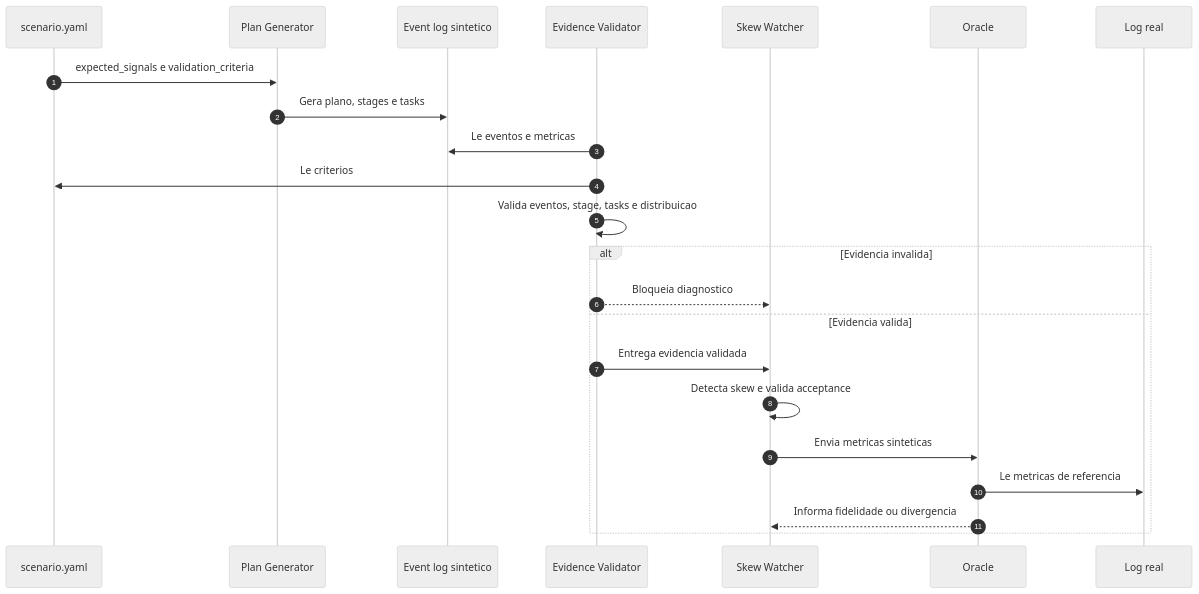
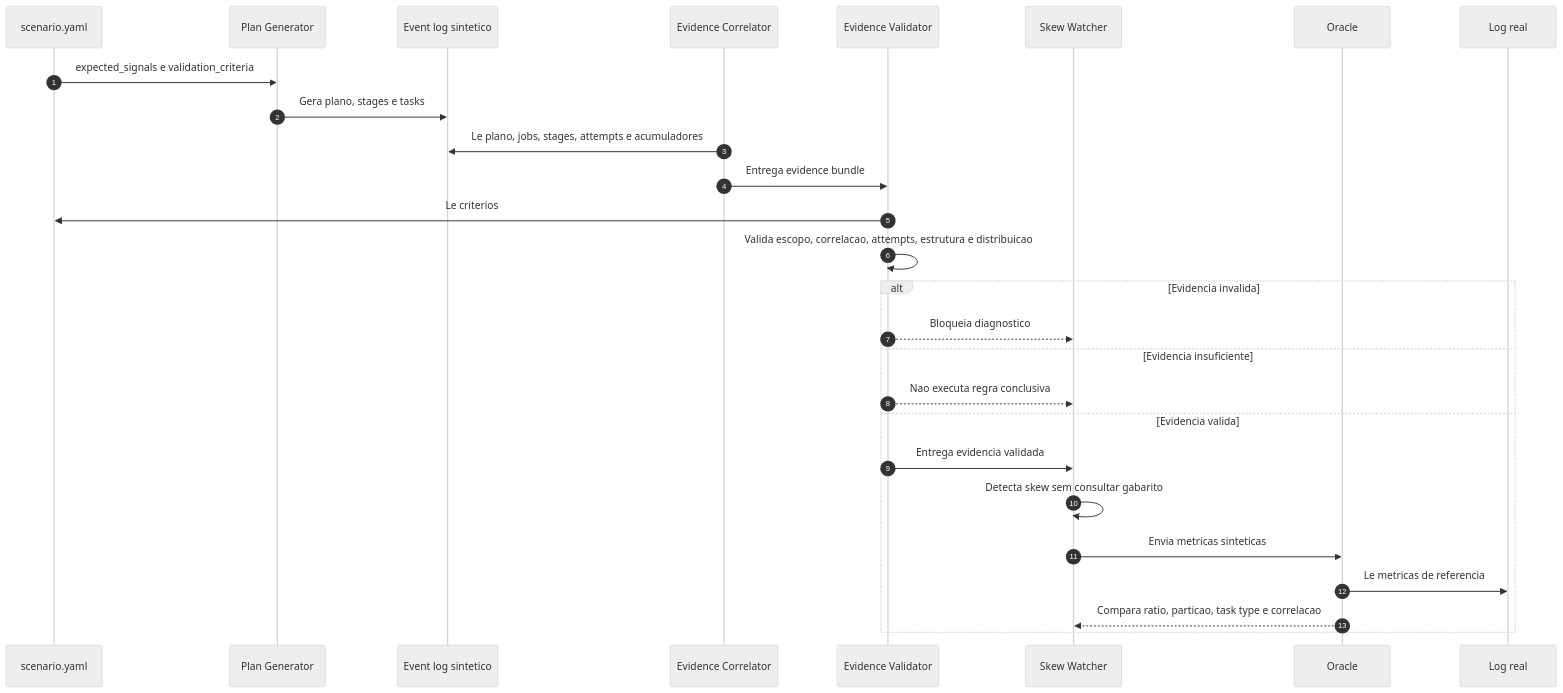
Before and after one commit to luanmorenommaciel/apex: the second of 2 diagrams in docs/specs/scenario-validation-criteria-v1.md, drawn with Mermaid (neutral theme). The commit also changed other lines of this file and 15 other files, not shown here.

Commit message:
feat(apex): validate skew evidence and stage correlation

````diff
--- a/docs/specs/scenario-validation-criteria-v1.md
+++ b/docs/specs/scenario-validation-criteria-v1.md
@@ -102,27 +174,31 @@
 ```mermaid
 sequenceDiagram
     autonumber
     participant Scenario as scenario.yaml
     participant Generator as Plan Generator
     participant Log as Event log sintetico
+    participant Correlator as Evidence Correlator
     participant Validator as Evidence Validator
     participant Watcher as Skew Watcher
     participant Oracle as Oracle
     participant Real as Log real
 
     Scenario->>Generator: expected_signals e validation_criteria
     Generator->>Log: Gera plano, stages e tasks
-    Validator->>Log: Le eventos e metricas
+    Correlator->>Log: Le plano, jobs, stages, attempts e acumuladores
+    Correlator->>Validator: Entrega evidence bundle
     Validator->>Scenario: Le criterios
-    Validator->>Validator: Valida eventos, stage, tasks e distribuicao
+    Validator->>Validator: Valida escopo, correlacao, attempts, estrutura e distribuicao
 
     alt Evidencia invalida
         Validator-->>Watcher: Bloqueia diagnostico
+    else Evidencia insuficiente
+        Validator-->>Watcher: Nao executa regra conclusiva
     else Evidencia valida
         Validator->>Watcher: Entrega evidencia validada
-        Watcher->>Watcher: Detecta skew e valida acceptance
+        Watcher->>Watcher: Detecta skew sem consultar gabarito
         Watcher->>Oracle: Envia metricas sinteticas
         Oracle->>Real: Le metricas de referencia
-        Oracle-->>Watcher: Informa fidelidade ou divergencia
+        Oracle-->>Watcher: Compara ratio, particao, task type e correlacao
     end
 ```
````
